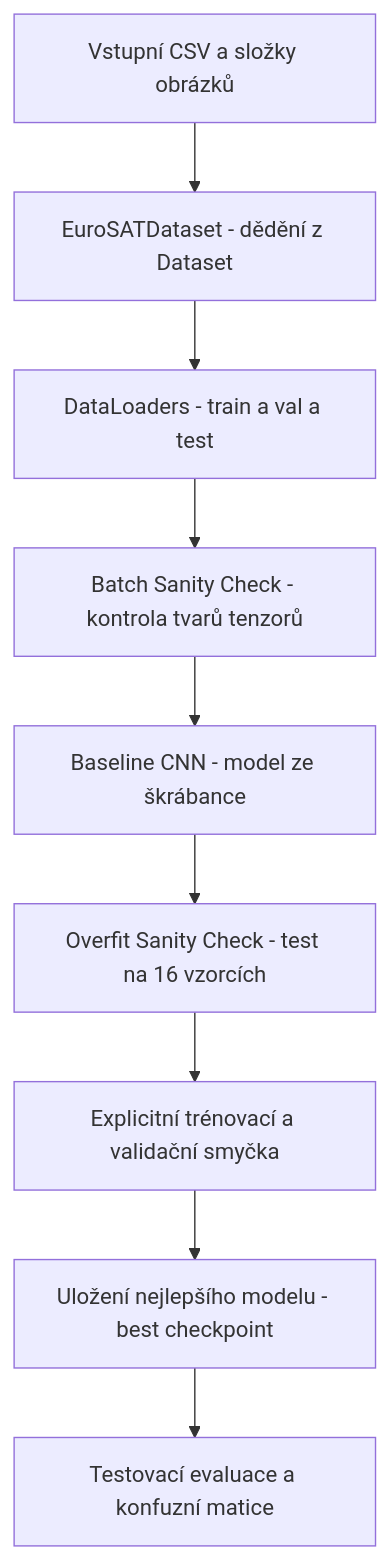
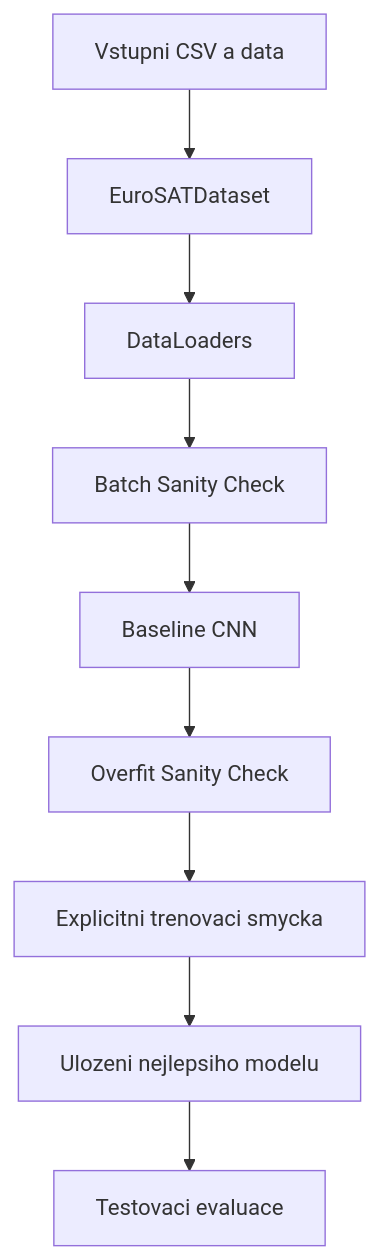
One commit to tomaskirnig/ML changed the diagram in ROADMAP.md. Above: the diagram before and after it, drawn with Mermaid. The commit also changed other lines of this file and 2 other files, not shown here.

````diff
--- a/ROADMAP.md
+++ b/ROADMAP.md
@@ -28,11 +80,11 @@
 ```mermaid
-flowchart TD
-    A["Vstupní CSV a složky obrázků"] --> B["EuroSATDataset - dědění z Dataset"]
-    B --> C["DataLoaders - train a val a test"]
-    C --> D["Batch Sanity Check - kontrola tvarů tenzorů"]
-    D --> E["Baseline CNN - model ze škrábance"]
-    E --> F["Overfit Sanity Check - test na 16 vzorcích"]
-    F --> G["Explicitní trénovací a validační smyčka"]
-    G --> H["Uložení nejlepšího modelu - best checkpoint"]
-    H --> I["Testovací evaluace a konfuzní matice"]
+graph TD
+    A[Vstupni CSV a data] --> B[EuroSATDataset]
+    B --> C[DataLoaders]
+    C --> D[Batch Sanity Check]
+    D --> E[Baseline CNN]
+    E --> F[Overfit Sanity Check]
+    F --> G[Explicitni trenovaci smycka]
+    G --> H[Ulozeni nejlepsiho modelu]
+    H --> I[Testovaci evaluace]
 ```
````
